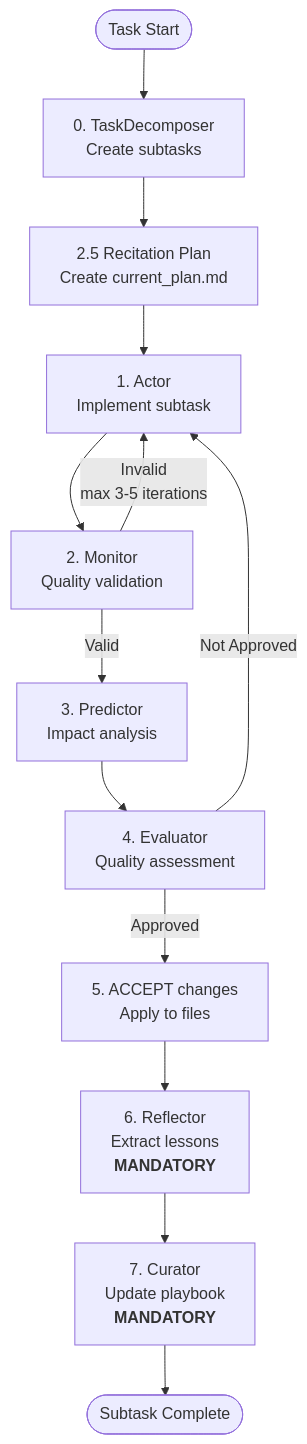
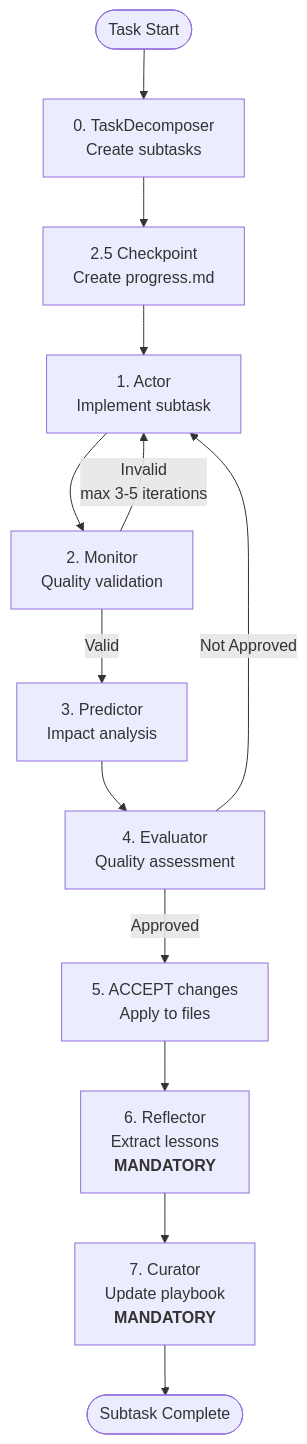
Before and after one commit to azalio/map-framework: the diagram in presentation/en/03-workflow.md, drawn with Mermaid. The commit also changed other lines of this file and 16 other files, not shown here.

````diff
--- a/presentation/en/03-workflow.md
+++ b/presentation/en/03-workflow.md
@@ -9,20 +9,20 @@
 ```mermaid
 flowchart TD
     Start([Task Start]) --> Decompose[0. TaskDecomposer<br/>Create subtasks]
-    Decompose --> Plan[2.5 Recitation Plan<br/>Create current_plan.md]
+    Decompose --> Plan[2.5 Checkpoint<br/>Create progress.md]
     Plan --> Actor[1. Actor<br/>Implement subtask]
     Actor --> Monitor[2. Monitor<br/>Quality validation]
 
     Monitor -->|Valid| Predictor[3. Predictor<br/>Impact analysis]
     Monitor -->|Invalid<br/>max 3-5 iterations| Actor
 
     Predictor --> Evaluator[4. Evaluator<br/>Quality assessment]
 
     Evaluator -->|Approved| Accept[5. ACCEPT changes<br/>Apply to files]
     Evaluator -->|Not Approved| Actor
 
     Accept --> Reflector[6. Reflector<br/>Extract lessons<br/><b>MANDATORY</b>]
     Reflector --> Curator[7. Curator<br/>Update playbook<br/><b>MANDATORY</b>]
 
     Curator --> End([Subtask Complete])
 ```
````
